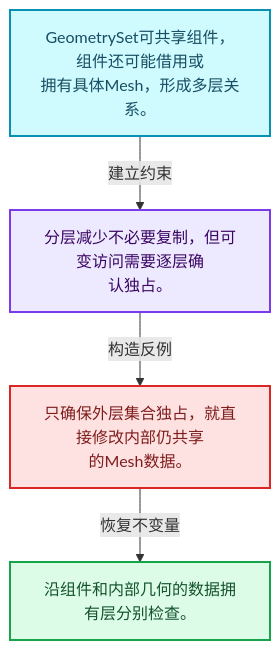
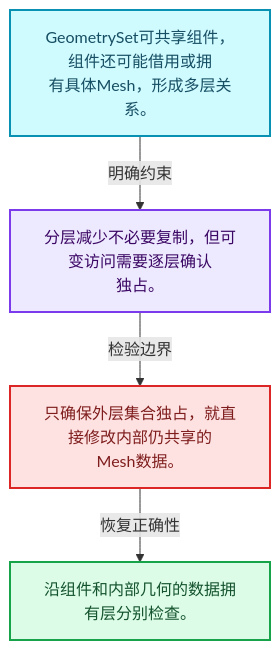
One commit to yunkezengren/blender-.vscode changed the first of 4 diagrams in 杂/markdown/全面学习-codex/06-隐式共享与缓存系统/04-GeometryComponent共享.md. Above: the diagram before and after it, drawn with Mermaid. The commit also changed other lines of this file and 1930 other files, not shown here.

````diff
--- a/杂/markdown/全面学习-codex/06-隐式共享与缓存系统/04-GeometryComponent共享.md
+++ b/杂/markdown/全面学习-codex/06-隐式共享与缓存系统/04-GeometryComponent共享.md
@@ -29,16 +29,16 @@
 ```mermaid
 flowchart TB
-  M["GeometrySet可共享组件，组件还可能借用或<br/>拥有具体Mesh，形成多层关系。"]:::data
-  T["分层减少不必要复制，但可变访问需要逐层确<br/>认独占。"]:::abstraction
-  X["只确保外层集合独占，就直接修改内部仍共享<br/>的Mesh数据。"]:::error
-  A["沿组件和内部几何的数据拥有层分别检查。"]:::result
-  M -->|"建立约束"| T
-  T -->|"构造反例"| X
-  X -->|"恢复不变量"| A
+  M["GeometrySet可共享组件，组件还可能借用或拥<br/>有具体Mesh，形成多层关系。"]:::data
+  C["分层减少不必要复制，但可变访问需要逐层确认<br/>独占。"]:::abstraction
+  B["只确保外层集合独占，就直接修改内部仍共享的<br/>Mesh数据。"]:::error
+  R["沿组件和内部几何的数据拥有层分别检查。"]:::result
+  M -->|"明确约束"| C
+  C -->|"检验边界"| B
+  B -->|"恢复正确性"| R
   classDef input fill:#DBEAFE,stroke:#2563EB,color:#172554,stroke-width:2px;
   classDef data fill:#CFFAFE,stroke:#0891B2,color:#164E63,stroke-width:2px;
   classDef abstraction fill:#EDE9FE,stroke:#7C3AED,color:#3B0764,stroke-width:2px;
   classDef compute fill:#FEF3C7,stroke:#D97706,color:#78350F,stroke-width:2px;
   classDef result fill:#DCFCE7,stroke:#16A34A,color:#14532D,stroke-width:2px;
   classDef error fill:#FEE2E2,stroke:#DC2626,color:#7F1D1D,stroke-width:2px;
 ```
````
